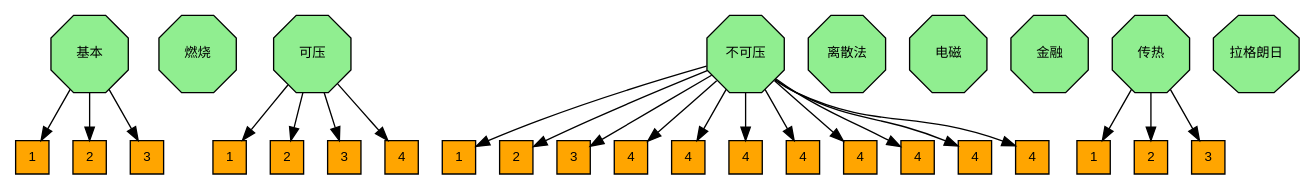
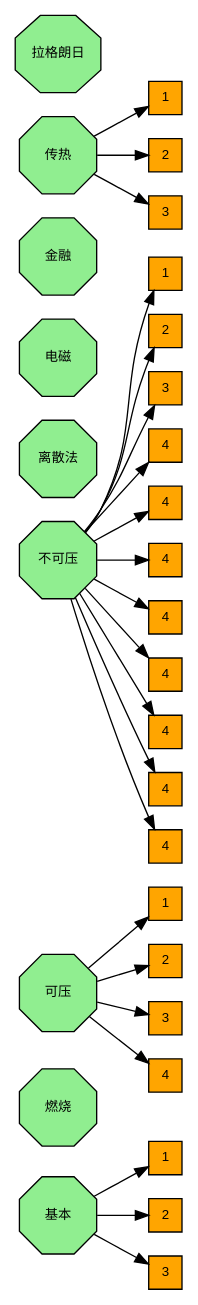
One commit to zguoch/OFTutorials changed the diagram in sphinx/figures/dot/map_Tutorials.dot. Above: the diagram before and after it, drawn with Graphviz. The commit also changed 5 other files, not shown here.

```diff
--- a/sphinx/figures/dot/map_Tutorials.dot
+++ b/sphinx/figures/dot/map_Tutorials.dot
@@ -1,67 +1,68 @@
 
   digraph G {
+    rankdir=LR
     // 第一级分类
       basic[label="基本", tooltip="简短介绍", fontname="Arial", fontsize=10, height=.8,width=.8,shape="octagon",style="filled", color=black,fillcolor=lightgreen,href="https://gitlab.com",target="_top"];
       combustion[label="燃烧", tooltip="简短介绍", fontname="Arial", fontsize=10, height=.8,width=.8,shape="octagon",style="filled", color=black,fillcolor=lightgreen,href="https://gitlab.com",target="_top"];
       compressible[label="可压", tooltip="简短介绍", fontname="Arial", fontsize=10, height=.8,width=.8,shape="octagon",style="filled", color=black,fillcolor=lightgreen,href="https://gitlab.com",target="_top"];
       incompressible[label="不可压", tooltip="简短介绍", fontname="Arial", fontsize=10, height=.8,width=.8,shape="octagon",style="filled", color=black,fillcolor=lightgreen,href="https://gitlab.com",target="_top"];
       discreteMethods[label="离散法", tooltip="简短介绍", fontname="Arial", fontsize=10, height=.8,width=.8,shape="octagon",style="filled", color=black,fillcolor=lightgreen,href="https://gitlab.com",target="_top"];
       electromagnetics[label="电磁", tooltip="简短介绍", fontname="Arial", fontsize=10, height=.8,width=.8,shape="octagon",style="filled", color=black,fillcolor=lightgreen,href="https://gitlab.com",target="_top"];
       financial[label="金融", tooltip="简短介绍", fontname="Arial", fontsize=10, height=.8,width=.8,shape="octagon",style="filled", color=black,fillcolor=lightgreen,href="https://gitlab.com",target="_top"];
       heatTransfer[label="传热", tooltip="简短介绍", fontname="Arial", fontsize=10, height=.8,width=.8,shape="octagon",style="filled", color=black,fillcolor=lightgreen,href="https://gitlab.com",target="_top"];
       lagrangian[label="拉格朗日", tooltip="简短介绍", fontname="Arial", fontsize=10, height=.8,width=.8,shape="octagon",style="filled", color=black,fillcolor=lightgreen,href="https://gitlab.com",target="_top"];
       
     // basic 第二级分类
       basic_laplacianFoam[label="1", tooltip="laplacianFoam", fontname="Arial", fontsize=10, height=.35,width=.35,shape="box",style="filled", fillcolor=orange, color=black,href="https://gitlab.com",target="_top"];
       basic_potentialFoam[label="2", tooltip="potentialFoam", fontname="Arial", fontsize=10, height=.35,width=.35,shape="box",style="filled", fillcolor=orange, color=black,href="https://gitlab.com",target="_top"];
       basic_scalarTransportFoam[label="3", tooltip="scalarTransportFoam", fontname="Arial", fontsize=10, height=.35,width=.35,shape="box",style="filled", fillcolor=orange, color=black,href="https://gitlab.com",target="_top"];
       // 连接
       basic -> basic_laplacianFoam;
       basic -> basic_potentialFoam;
       basic -> basic_scalarTransportFoam;
 
     // compressible 第二级分类
       compressible_rhoCentralFoam[label="1", tooltip="rhoCentralFoam", fontname="Arial", fontsize=10, height=.35,width=.35,shape="box",style="filled", fillcolor=orange, color=black,href="https://gitlab.com",target="_top"];
       compressible_rhoPimpleFoam[label="2", tooltip="rhoPimpleFoam", fontname="Arial", fontsize=10, height=.35,width=.35,shape="box",style="filled", fillcolor=orange, color=black,href="https://gitlab.com",target="_top"];
       compressible_rhoPorousSimpleFoam[label="3", tooltip="rhoPorousSimpleFoam", fontname="Arial", fontsize=10, height=.35,width=.35,shape="box",style="filled", fillcolor=orange, color=black,href="https://gitlab.com",target="_top"];
       compressible_rhoSimpleFoam[label="4", tooltip="rhoSimpleFoam", fontname="Arial", fontsize=10, height=.35,width=.35,shape="box",style="filled", fillcolor=orange, color=black,href="https://gitlab.com",target="_top"];
       // 连接
       compressible -> compressible_rhoCentralFoam;
       compressible -> compressible_rhoPimpleFoam;
       compressible -> compressible_rhoPorousSimpleFoam;
       compressible -> compressible_rhoSimpleFoam;
 
     // incompressible 第二级分类
       incompressible_SRFPimpleFoam[label="1", tooltip="rhoCentralFoam", fontname="Arial", fontsize=10, height=.35,width=.35,shape="box",style="filled", fillcolor=orange, color=black,href="https://gitlab.com",target="_top"];
       incompressible_SRFSimpleFoam[label="2", tooltip="rhoPimpleFoam", fontname="Arial", fontsize=10, height=.35,width=.35,shape="box",style="filled", fillcolor=orange, color=black,href="https://gitlab.com",target="_top"];
       incompressible_adjointShapeOptimizationFoam[label="3", tooltip="rhoPorousSimpleFoam", fontname="Arial", fontsize=10, height=.35,width=.35,shape="box",style="filled", fillcolor=orange, color=black,href="https://gitlab.com",target="_top"];
       incompressible_boundaryFoam[label="4", tooltip="rhoSimpleFoam", fontname="Arial", fontsize=10, height=.35,width=.35,shape="box",style="filled", fillcolor=orange, color=black,href="https://gitlab.com",target="_top"];
       incompressible_icoFoam[label="4", tooltip="rhoSimpleFoam", fontname="Arial", fontsize=10, height=.35,width=.35,shape="box",style="filled", fillcolor=orange, color=black,href="https://gitlab.com",target="_top"];
       incompressible_nonNewtonianIcoFoam[label="4", tooltip="rhoSimpleFoam", fontname="Arial", fontsize=10, height=.35,width=.35,shape="box",style="filled", fillcolor=orange, color=black,href="https://gitlab.com",target="_top"];
       incompressible_pimpleFoam[label="4", tooltip="rhoSimpleFoam", fontname="Arial", fontsize=10, height=.35,width=.35,shape="box",style="filled", fillcolor=orange, color=black,href="https://gitlab.com",target="_top"];
       incompressible_pisoFoam[label="4", tooltip="rhoSimpleFoam", fontname="Arial", fontsize=10, height=.35,width=.35,shape="box",style="filled", fillcolor=orange, color=black,href="https://gitlab.com",target="_top"];
       incompressible_porousSimpleFoam[label="4", tooltip="rhoSimpleFoam", fontname="Arial", fontsize=10, height=.35,width=.35,shape="box",style="filled", fillcolor=orange, color=black,href="https://gitlab.com",target="_top"];
       incompressible_shallowWaterFoam[label="4", tooltip="rhoSimpleFoam", fontname="Arial", fontsize=10, height=.35,width=.35,shape="box",style="filled", fillcolor=orange, color=black,href="https://gitlab.com",target="_top"];
       incompressible_simpleFoam[label="4", tooltip="rhoSimpleFoam", fontname="Arial", fontsize=10, height=.35,width=.35,shape="box",style="filled", fillcolor=orange, color=black,href="https://gitlab.com",target="_top"];
       // 连接
       incompressible -> incompressible_SRFPimpleFoam;
       incompressible -> incompressible_SRFSimpleFoam;
       incompressible -> incompressible_adjointShapeOptimizationFoam;
       incompressible -> incompressible_boundaryFoam;
       incompressible -> incompressible_icoFoam;
       incompressible -> incompressible_nonNewtonianIcoFoam;
       incompressible -> incompressible_pimpleFoam;
       incompressible -> incompressible_pisoFoam;
       incompressible -> incompressible_porousSimpleFoam;
       incompressible -> incompressible_shallowWaterFoam;
       incompressible -> incompressible_simpleFoam;
 
     // heatTransfer 第二级分类
       heatTransfer_buoyantPimpleFoam[label="1", tooltip="rhoCentralFoam", fontname="Arial", fontsize=10, height=.35,width=.35,shape="box",style="filled", fillcolor=orange, color=black,href="https://gitlab.com",target="_top"];
       heatTransfer_buoyantSimpleFoam[label="2", tooltip="rhoPimpleFoam", fontname="Arial", fontsize=10, height=.35,width=.35,shape="box",style="filled", fillcolor=orange, color=black,href="https://gitlab.com",target="_top"];
       heatTransfer_chtMultiRegionFoam[label="3", tooltip="rhoPorousSimpleFoam", fontname="Arial", fontsize=10, height=.35,width=.35,shape="box",style="filled", fillcolor=orange, color=black,href="https://gitlab.com",target="_top"];
       // 连接
       heatTransfer -> heatTransfer_buoyantPimpleFoam;
       heatTransfer -> heatTransfer_buoyantSimpleFoam;
       heatTransfer -> heatTransfer_chtMultiRegionFoam;
   }
```
